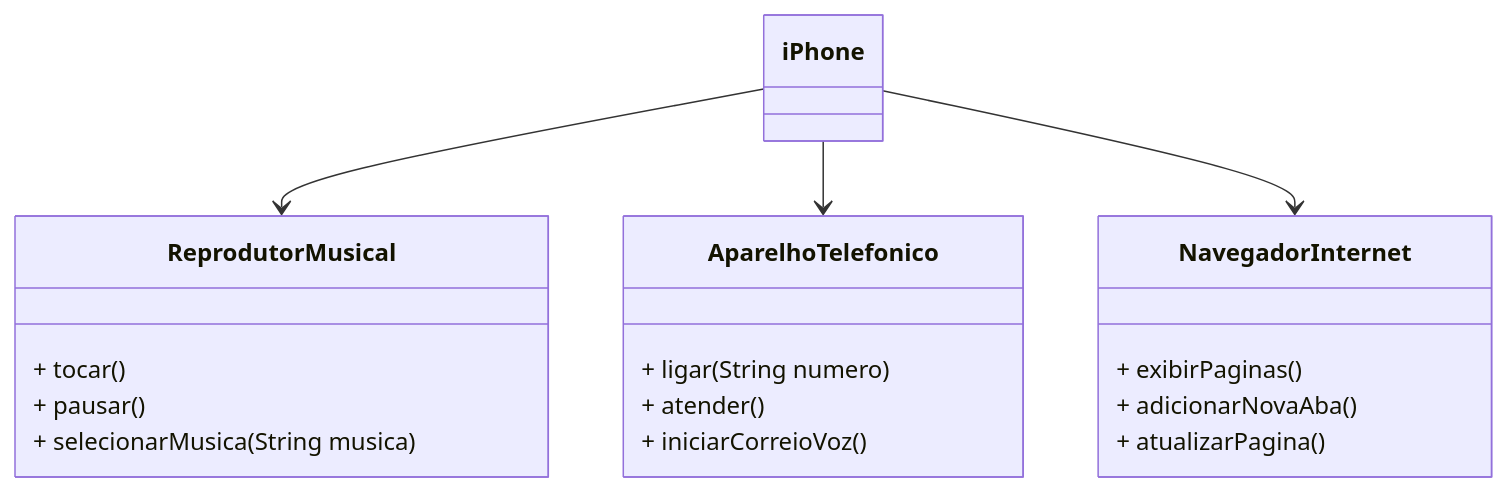
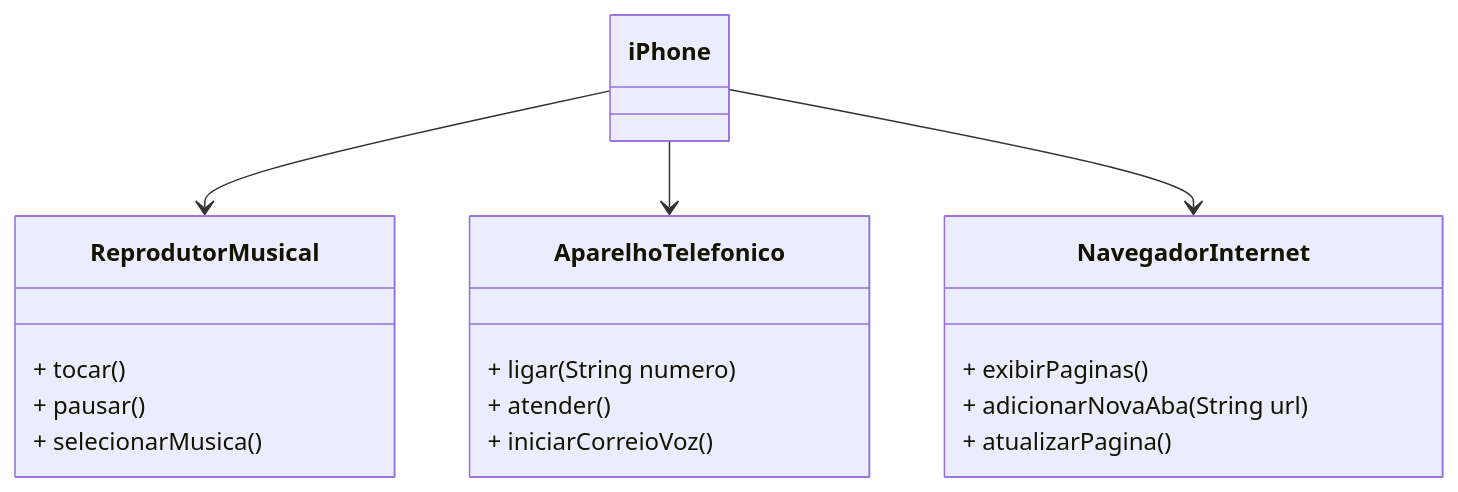
One commit to Bruno-Fagundes/diagrama-uml-iphone-dio changed the second of 2 diagrams in README.md. Above: the diagram before and after it, drawn with Mermaid.

````diff
--- a/README.md
+++ b/README.md
@@ -57,27 +57,27 @@
 ```mermaid
 classDiagram
     class iPhone {
     }
 
     class ReprodutorMusical {
         + tocar()
         + pausar()
-        + selecionarMusica(String musica)
+        + selecionarMusica()
     }
 
     class AparelhoTelefonico {
         + ligar(String numero)
         + atender()
         + iniciarCorreioVoz()
     }
 
     class NavegadorInternet {
         + exibirPaginas()
-        + adicionarNovaAba()
+        + adicionarNovaAba(String url)
         + atualizarPagina()
     }
 
     iPhone --> ReprodutorMusical
     iPhone --> AparelhoTelefonico
     iPhone --> NavegadorInternet
 ```
````
